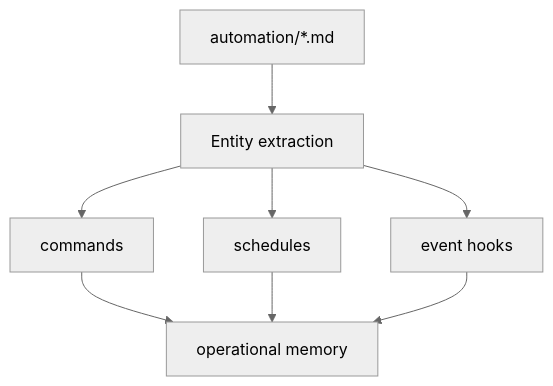
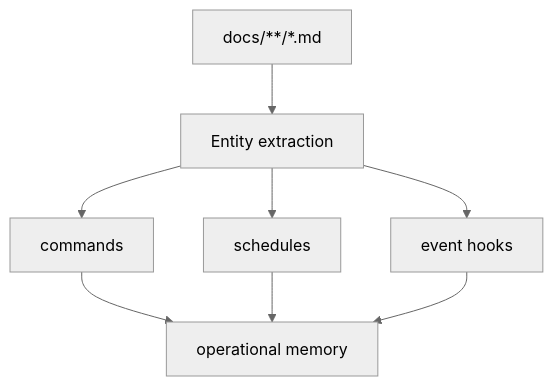
One commit to RobbyMo81/ToM changed the third of 4 diagrams in .tom-workspace/whoiam.md. Above: the diagram before and after it, drawn with Mermaid (neutral theme). The commit also changed other lines of this file and 157 other files, not shown here.

````diff
--- a/.tom-workspace/whoiam.md
+++ b/.tom-workspace/whoiam.md
@@ -199,10 +282,10 @@
 ```mermaid
 graph TD
-    A[automation/*.md] --> B[Entity extraction]
+   A[docs/**/*.md] --> B[Entity extraction]
     B --> C[commands]
     B --> D[schedules]
     B --> E[event hooks]
     C --> F[operational memory]
     D --> F
     E --> F
 ```
````
